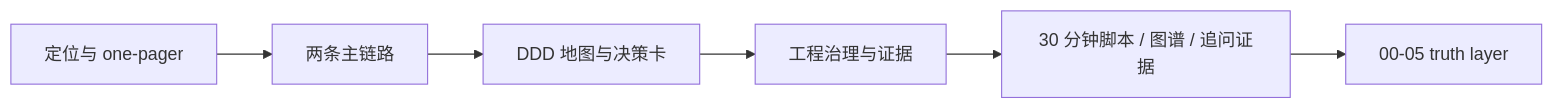
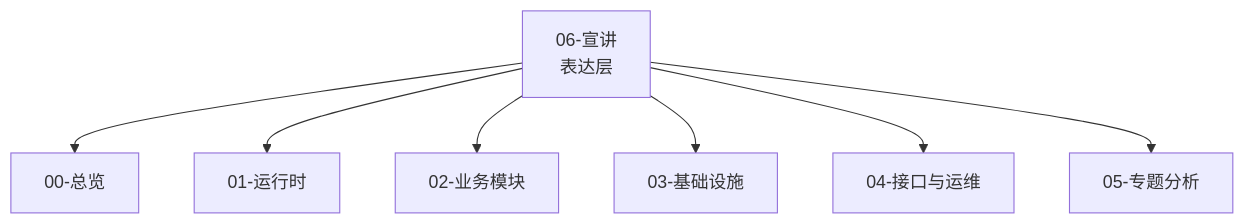
The diagram in docs/06-宣讲/README.md (FangcunMount/qs-server), drawn with Mermaid before and after one commit. The commit also changed other lines of this file and 21 other files, not shown here.

````diff
--- a/docs/06-宣讲/README.md
+++ b/docs/06-宣讲/README.md
@@ -20,8 +394,18 @@
 ```mermaid
-flowchart LR
-    positioning["定位与 one-pager"] --> paths["两条主链路"]
-    paths --> ddd["DDD 地图与决策卡"]
-    ddd --> governance["工程治理与证据"]
-    governance --> briefing["30 分钟脚本 / 图谱 / 追问证据"]
-    briefing --> truth["00-05 truth layer"]
+flowchart TB
+    Presentation["06-宣讲<br/>表达层"]
+
+    Overview["00-总览"]
+    Runtime["01-运行时"]
+    Business["02-业务模块"]
+    Infra["03-基础设施"]
+    Ops["04-接口与运维"]
+    Topics["05-专题分析"]
+
+    Presentation --> Overview
+    Presentation --> Runtime
+    Presentation --> Business
+    Presentation --> Infra
+    Presentation --> Ops
+    Presentation --> Topics
 ```
````
